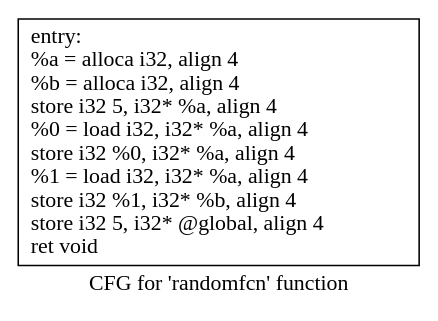
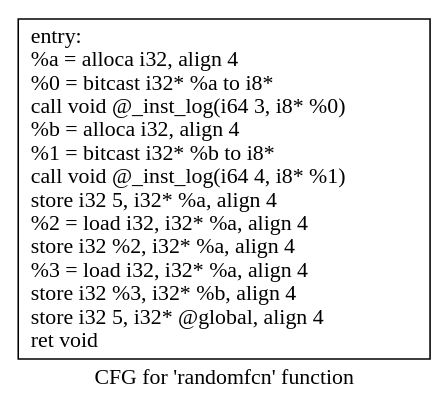
Before and after one commit to mattqemo/eecs583fp: the diagram in 583simple/.randomfcn.dot, drawn with Graphviz. The commit also changed 17 other files, not shown here.

```diff
--- a/583simple/.randomfcn.dot
+++ b/583simple/.randomfcn.dot
@@ -1,5 +1,5 @@
 digraph "CFG for 'randomfcn' function" {
 	label="CFG for 'randomfcn' function";
 
-	Node0x55b8c4fe0f00 [shape=record,label="{entry:\l  %a = alloca i32, align 4\l  %b = alloca i32, align 4\l  store i32 5, i32* %a, align 4\l  %0 = load i32, i32* %a, align 4\l  store i32 %0, i32* %a, align 4\l  %1 = load i32, i32* %a, align 4\l  store i32 %1, i32* %b, align 4\l  store i32 5, i32* @global, align 4\l  ret void\l}"];
+	Node0x55da294ddfb0 [shape=record,label="{entry:\l  %a = alloca i32, align 4\l  %0 = bitcast i32* %a to i8*\l  call void @_inst_log(i64 3, i8* %0)\l  %b = alloca i32, align 4\l  %1 = bitcast i32* %b to i8*\l  call void @_inst_log(i64 4, i8* %1)\l  store i32 5, i32* %a, align 4\l  %2 = load i32, i32* %a, align 4\l  store i32 %2, i32* %a, align 4\l  %3 = load i32, i32* %a, align 4\l  store i32 %3, i32* %b, align 4\l  store i32 5, i32* @global, align 4\l  ret void\l}"];
 }
```
